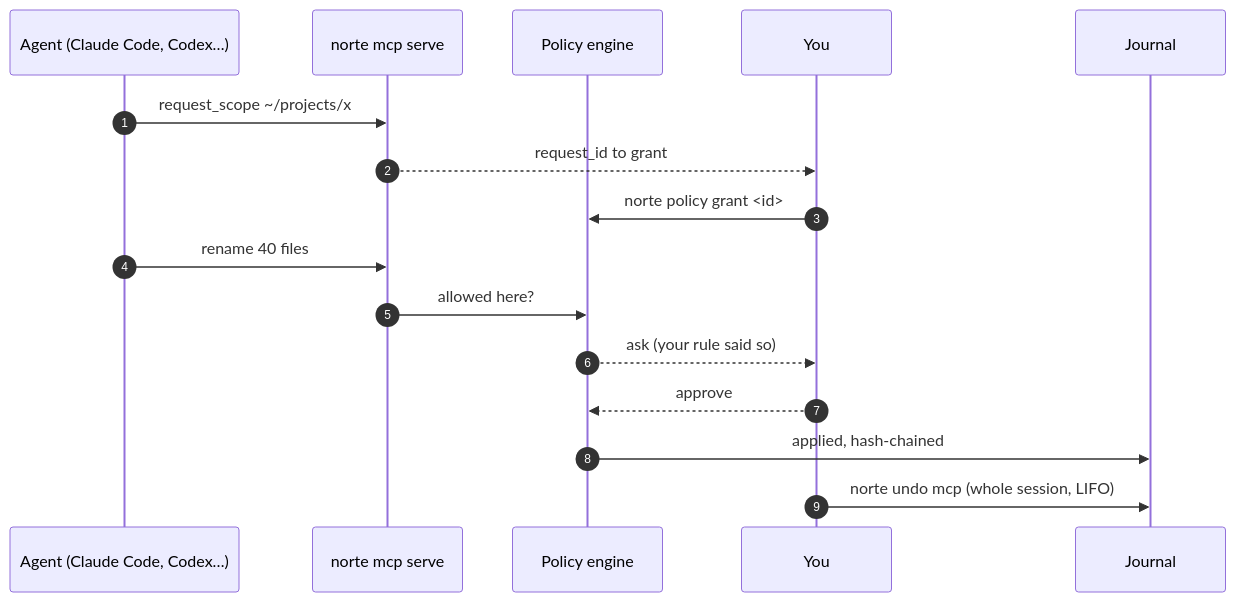
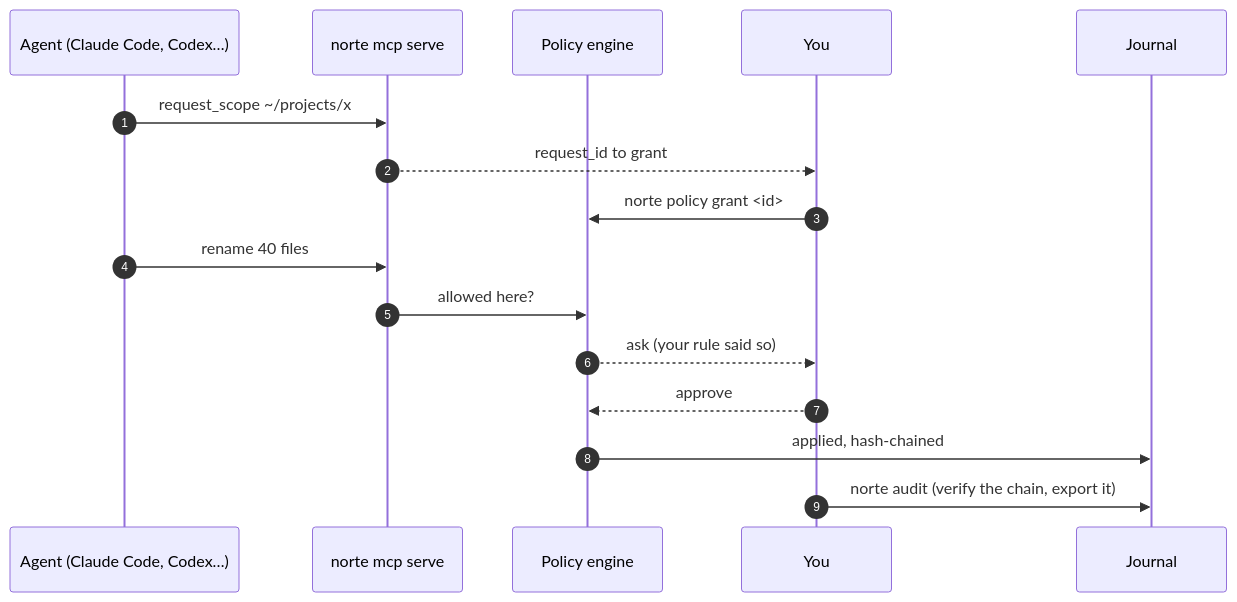
The first of 2 diagrams in README.md (compilando/norte), drawn with Mermaid before and after one commit. The commit also changed other lines of this file, not shown here.

First line of the commit message:
docs(readme): no promises of undo, and say how norte is built

````diff
--- a/README.md
+++ b/README.md
@@ -259,18 +260,18 @@
 ```mermaid
 sequenceDiagram
     autonumber
     participant A as Agent (Claude Code, Codex…)
     participant M as norte mcp serve
     participant P as Policy engine
     participant Y as You
     participant J as Journal
     A->>M: request_scope ~/projects/x
     M-->>Y: request_id to grant
     Y->>P: norte policy grant <id>
     A->>M: rename 40 files
     M->>P: allowed here?
     P-->>Y: ask (your rule said so)
     Y-->>P: approve
     P->>J: applied, hash-chained
-    Y->>J: norte undo mcp  (whole session, LIFO)
+    Y->>J: norte audit  (verify the chain, export it)
 ```
````
